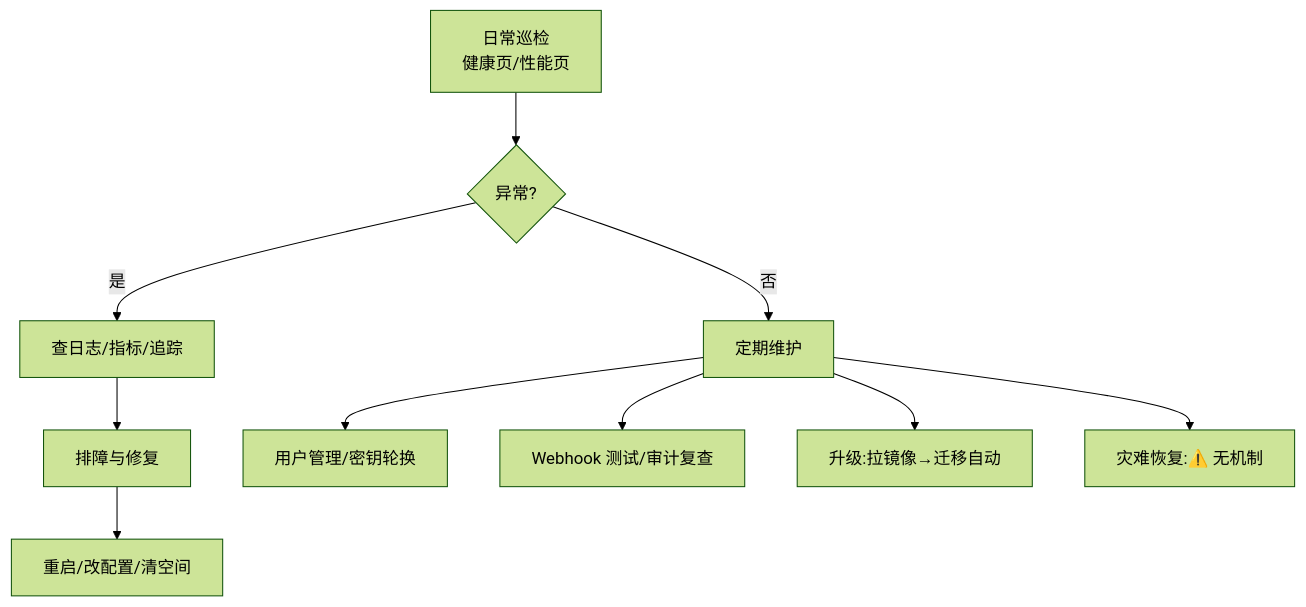
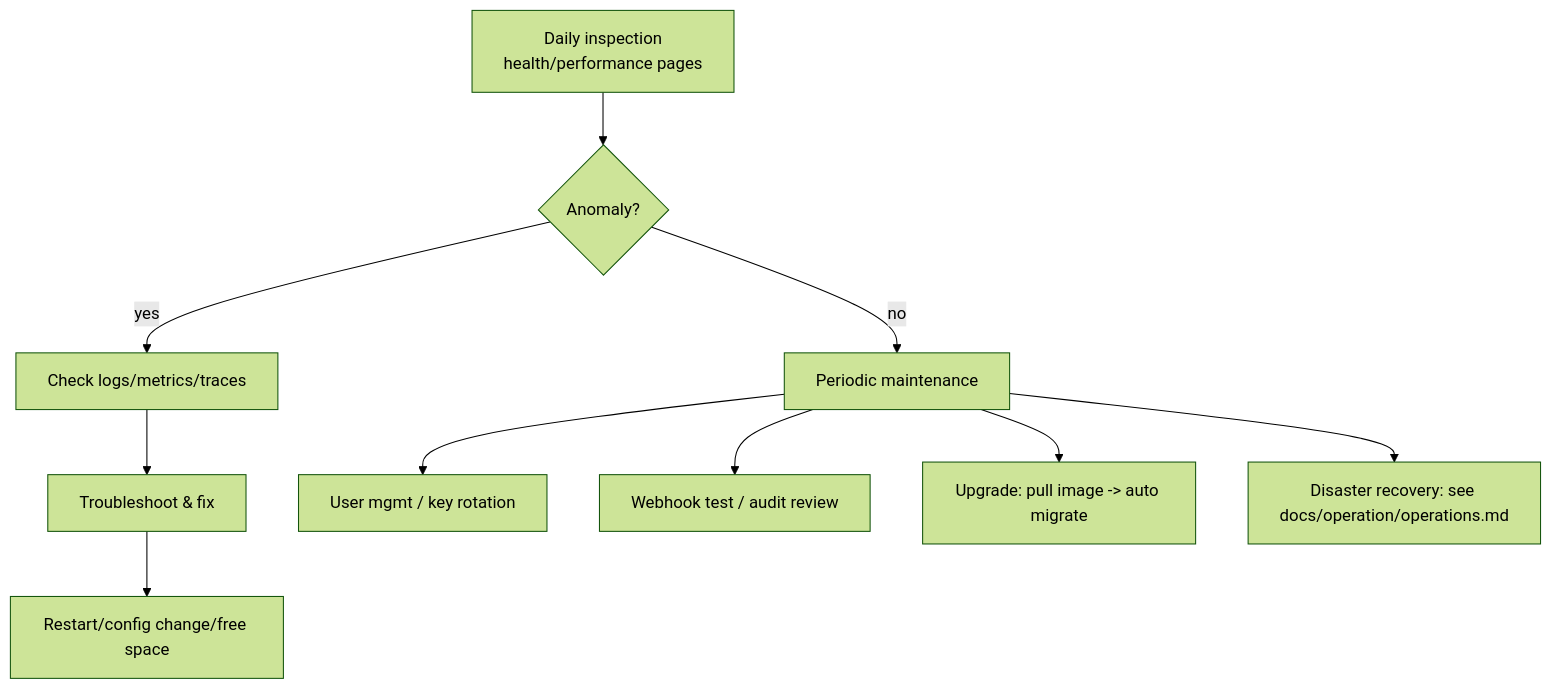
One commit to whg517/node-pulse changed the third of 5 diagrams in docs/user-journey.md. Above: the diagram before and after it, drawn with Mermaid (forest theme). The commit also changed other lines of this file and 10 other files, not shown here.

First line of the commit message:
docs: restructure docs/ — index, operation subdir, English user-journey, dedupe prd

````diff
--- a/docs/user-journey.md
+++ b/docs/user-journey.md
@@ -338,12 +322,12 @@
 ```mermaid
 flowchart TD
-    A[日常巡检<br/>健康页/性能页] --> B{异常?}
-    B -- 是 --> C[查日志/指标/追踪]
-    C --> D[排障与修复]
-    D --> E[重启/改配置/清空间]
-    B -- 否 --> F[定期维护]
-    F --> F1[用户管理/密钥轮换]
-    F --> F2[Webhook 测试/审计复查]
-    F --> F3[升级:拉镜像→迁移自动]
-    F --> F4[灾难恢复:⚠️ 无机制]
+    A[Daily inspection<br/>health/performance pages] --> B{Anomaly?}
+    B -- yes --> C[Check logs/metrics/traces]
+    C --> D[Troubleshoot & fix]
+    D --> E[Restart/config change/free space]
+    B -- no --> F[Periodic maintenance]
+    F --> F1[User mgmt / key rotation]
+    F --> F2[Webhook test / audit review]
+    F --> F3[Upgrade: pull image -> auto migrate]
+    F --> F4[Disaster recovery: see docs/operation/operations.md]
 ```
````
